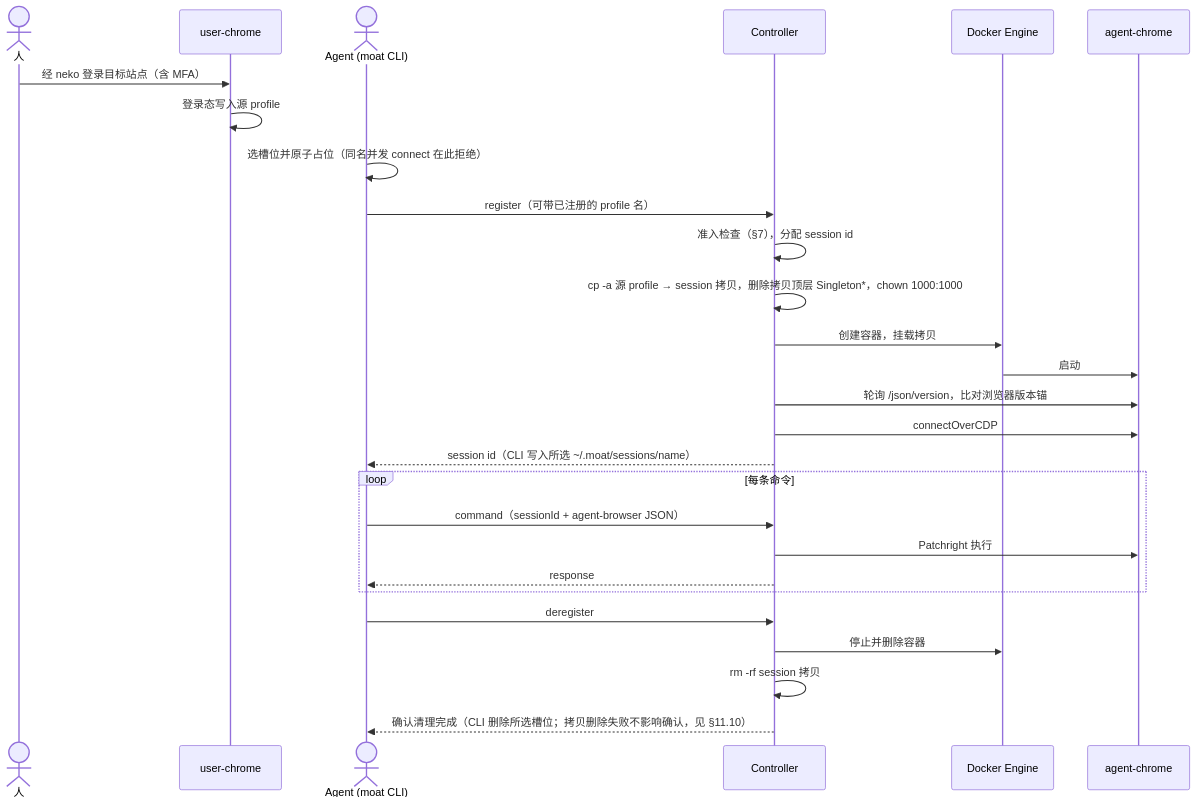
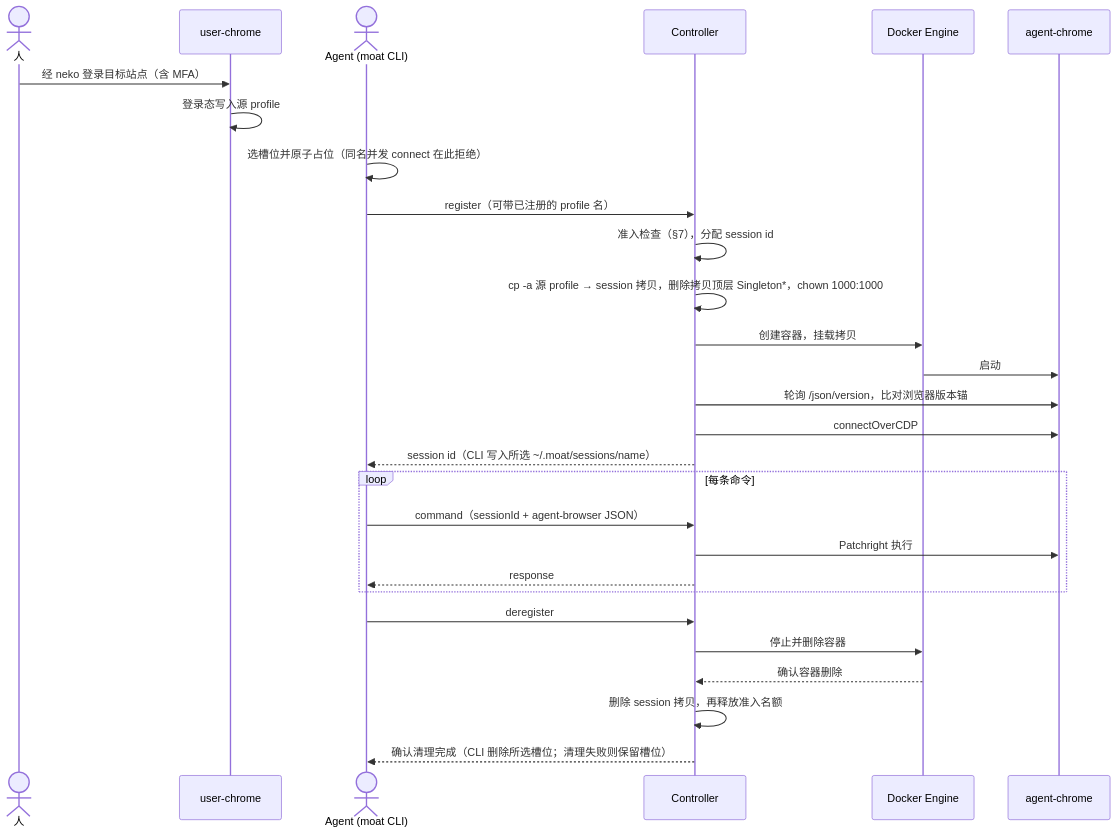
The second of 3 diagrams in README.md (mouriya-s-lab/moat-browser), drawn with Mermaid before and after one commit. The commit also changed other lines of this file and 10 other files, not shown here.

````diff
--- a/README.md
+++ b/README.md
@@ -125,30 +125,31 @@
 ```mermaid
 sequenceDiagram
     actor Human as 人
     participant U as user-chrome
     actor A as Agent (moat CLI)
     participant C as Controller
     participant D as Docker Engine
     participant B as agent-chrome
 
     Human->>U: 经 neko 登录目标站点（含 MFA）
     U->>U: 登录态写入源 profile
     A->>A: 选槽位并原子占位（同名并发 connect 在此拒绝）
     A->>C: register（可带已注册的 profile 名）
     C->>C: 准入检查（§7），分配 session id
     C->>C: cp -a 源 profile → session 拷贝，删除拷贝顶层 Singleton*，chown 1000:1000
     C->>D: 创建容器，挂载拷贝
     D->>B: 启动
     C->>B: 轮询 /json/version，比对浏览器版本锚
     C->>B: connectOverCDP
     C-->>A: session id（CLI 写入所选 ~/.moat/sessions/name）
     loop 每条命令
         A->>C: command（sessionId + agent-browser JSON）
         C->>B: Patchright 执行
         C-->>A: response
     end
     A->>C: deregister
     C->>D: 停止并删除容器
-    C->>C: rm -rf session 拷贝
-    C-->>A: 确认清理完成（CLI 删除所选槽位；拷贝删除失败不影响确认，见 §11.10）
+    D-->>C: 确认容器删除
+    C->>C: 删除 session 拷贝，再释放准入名额
+    C-->>A: 确认清理完成（CLI 删除所选槽位；清理失败则保留槽位）
 ```
````
